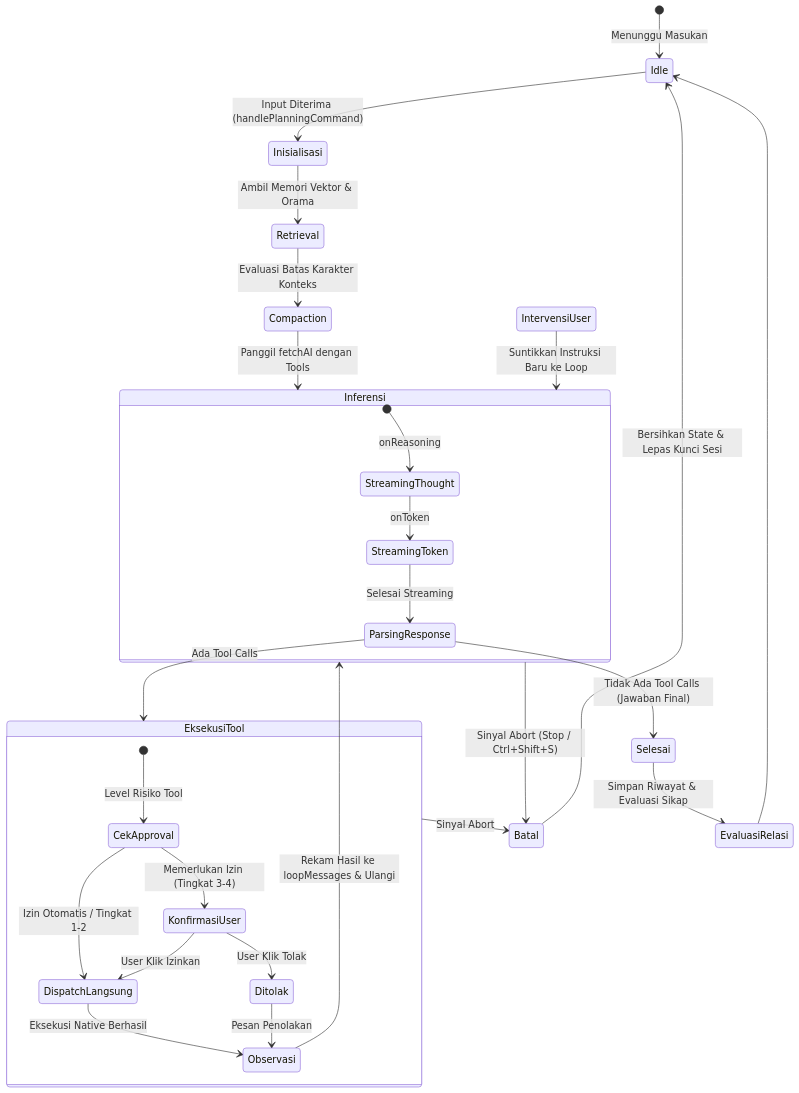
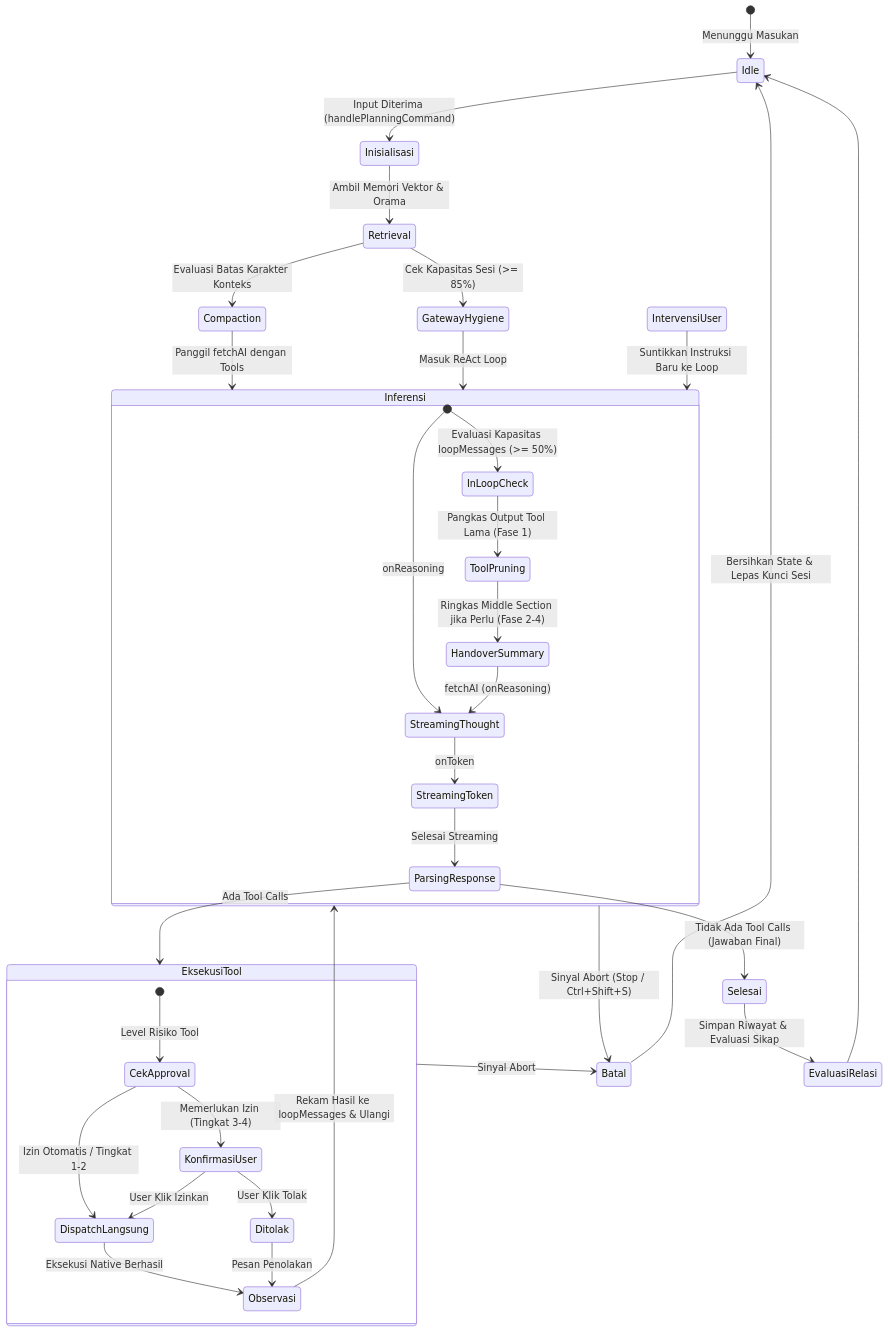
Before and after one commit to Mazees/mark-agent: the third of 3 diagrams in docs/03-agent-engine/react-loop.md, drawn with Mermaid. The commit also changed other lines of this file and 6 other files, not shown here.

````diff
--- a/docs/03-agent-engine/react-loop.md
+++ b/docs/03-agent-engine/react-loop.md
@@ -212,37 +227,43 @@
 ```mermaid
 stateDiagram-v2
     [*] --> Idle: Menunggu Masukan
     Idle --> Inisialisasi: Input Diterima (handlePlanningCommand)
     Inisialisasi --> Retrieval: Ambil Memori Vektor & Orama
     Retrieval --> Compaction: Evaluasi Batas Karakter Konteks
     Compaction --> Inferensi: Panggil fetchAI dengan Tools
+    Retrieval --> GatewayHygiene: Cek Kapasitas Sesi (>= 85%)
+    GatewayHygiene --> Inferensi: Masuk ReAct Loop
 
     state Inferensi {
         [*] --> StreamingThought: onReasoning
+        [*] --> InLoopCheck: Evaluasi Kapasitas loopMessages (>= 50%)
+        InLoopCheck --> ToolPruning: Pangkas Output Tool Lama (Fase 1)
+        ToolPruning --> HandoverSummary: Ringkas Middle Section jika Perlu (Fase 2-4)
+        HandoverSummary --> StreamingThought: fetchAI (onReasoning)
         StreamingThought --> StreamingToken: onToken
         StreamingToken --> ParsingResponse: Selesai Streaming
     }
 
     ParsingResponse --> EksekusiTool: Ada Tool Calls
     ParsingResponse --> Selesai: Tidak Ada Tool Calls (Jawaban Final)
 
     state EksekusiTool {
         [*] --> CekApproval: Level Risiko Tool
         CekApproval --> KonfirmasiUser: Memerlukan Izin (Tingkat 3-4)
         CekApproval --> DispatchLangsung: Izin Otomatis / Tingkat 1-2
         KonfirmasiUser --> Ditolak: User Klik Tolak
         KonfirmasiUser --> DispatchLangsung: User Klik Izinkan
         DispatchLangsung --> Observasi: Eksekusi Native Berhasil
         Ditolak --> Observasi: Pesan Penolakan
     }
 
     Observasi --> Inferensi: Rekam Hasil ke loopMessages & Ulangi
     IntervensiUser --> Inferensi: Suntikkan Instruksi Baru ke Loop
 
     Inferensi --> Batal: Sinyal Abort (Stop / Ctrl+Shift+S)
     EksekusiTool --> Batal: Sinyal Abort
 
     Batal --> Idle: Bersihkan State & Lepas Kunci Sesi
     Selesai --> EvaluasiRelasi: Simpan Riwayat & Evaluasi Sikap
     EvaluasiRelasi --> Idle
 ```
````
